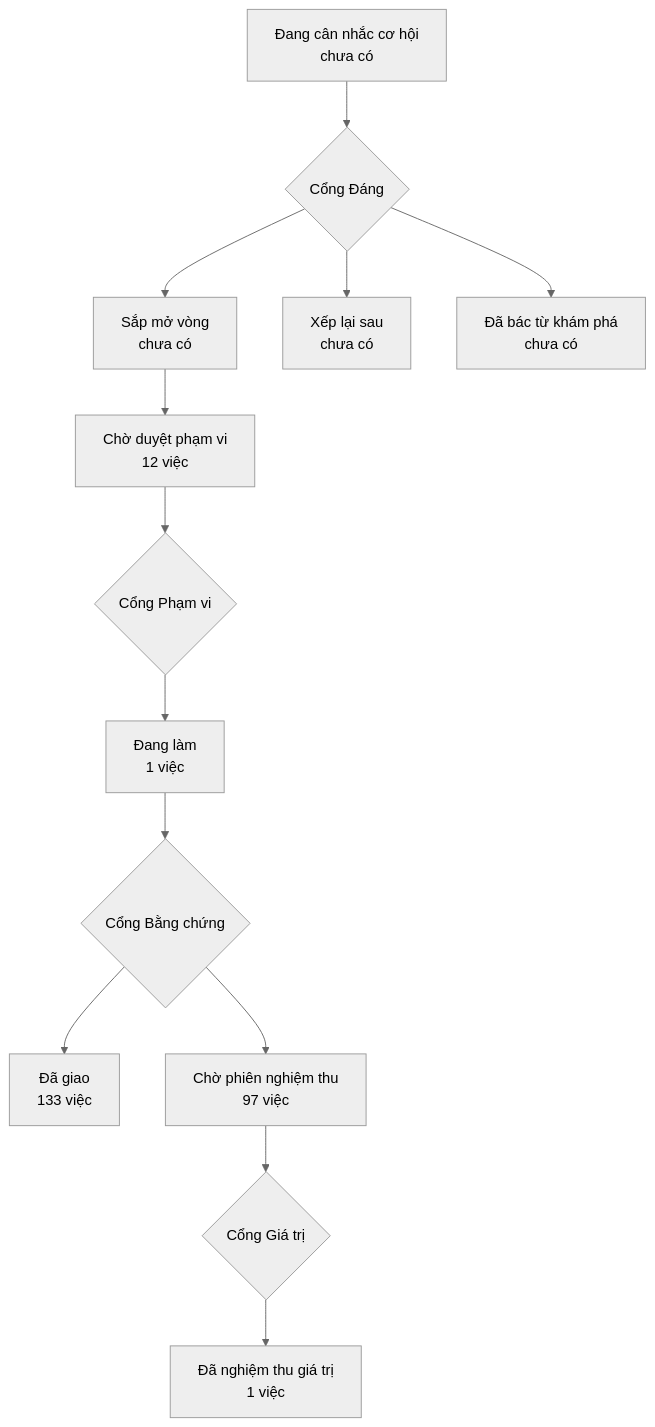
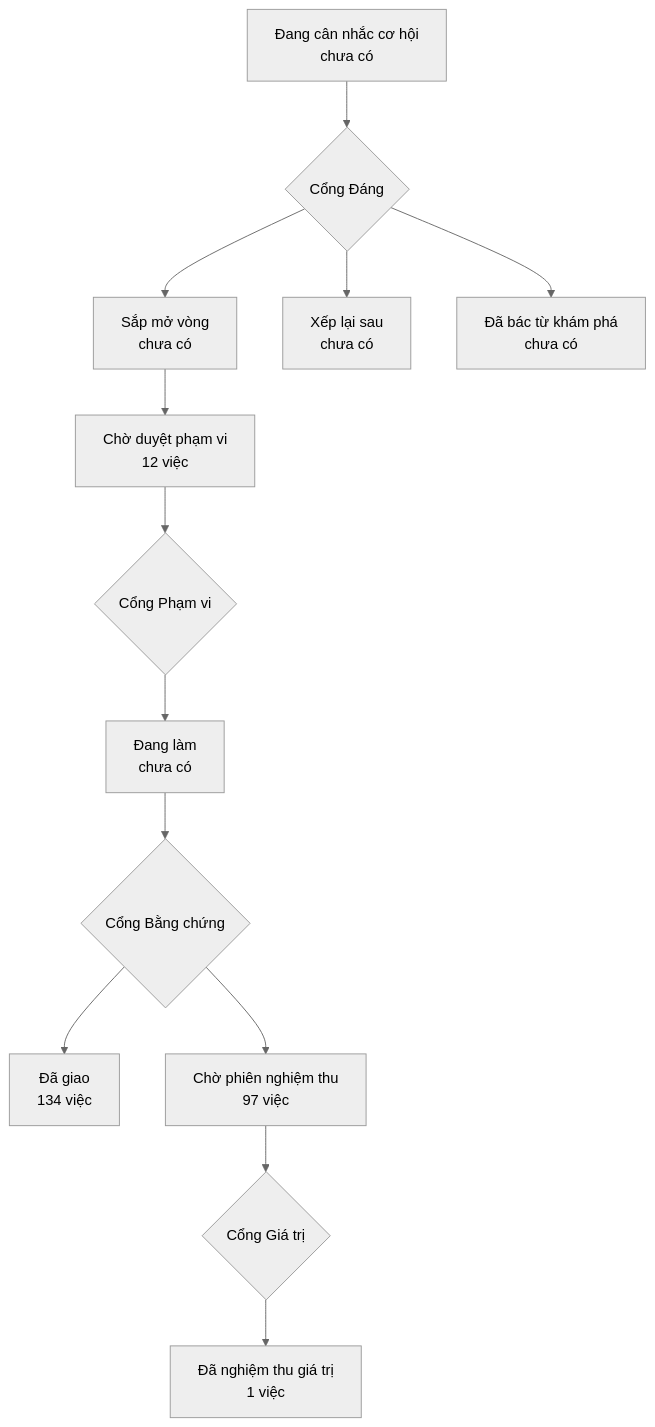
The diagram in PRODUCT-MAP.md (phanlemanh/onehub-invest), drawn with Mermaid (neutral theme) before and after one commit. The commit also changed other lines of this file and 4 other files, not shown here.

````diff
--- a/PRODUCT-MAP.md
+++ b/PRODUCT-MAP.md
@@ -7,12 +7,12 @@
 ```mermaid
 flowchart TD
   A["Đang cân nhắc cơ hội<br/>chưa có"] --> GD{"Cổng Đáng"}
   GD --> B["Sắp mở vòng<br/>chưa có"]
   GD --> XL["Xếp lại sau<br/>chưa có"]
   GD --> DB["Đã bác từ khám phá<br/>chưa có"]
   B --> CD["Chờ duyệt phạm vi<br/>12 việc"] --> GP{"Cổng Phạm vi"}
-  GP --> DL["Đang làm<br/>1 việc"] --> GB{"Cổng Bằng chứng"}
-  GB --> DG["Đã giao<br/>133 việc"]
+  GP --> DL["Đang làm<br/>chưa có"] --> GB{"Cổng Bằng chứng"}
+  GB --> DG["Đã giao<br/>134 việc"]
   GB --> CN["Chờ phiên nghiệm thu<br/>97 việc"] --> GG{"Cổng Giá trị"}
   GG --> NT["Đã nghiệm thu giá trị<br/>1 việc"]
 ```
````
